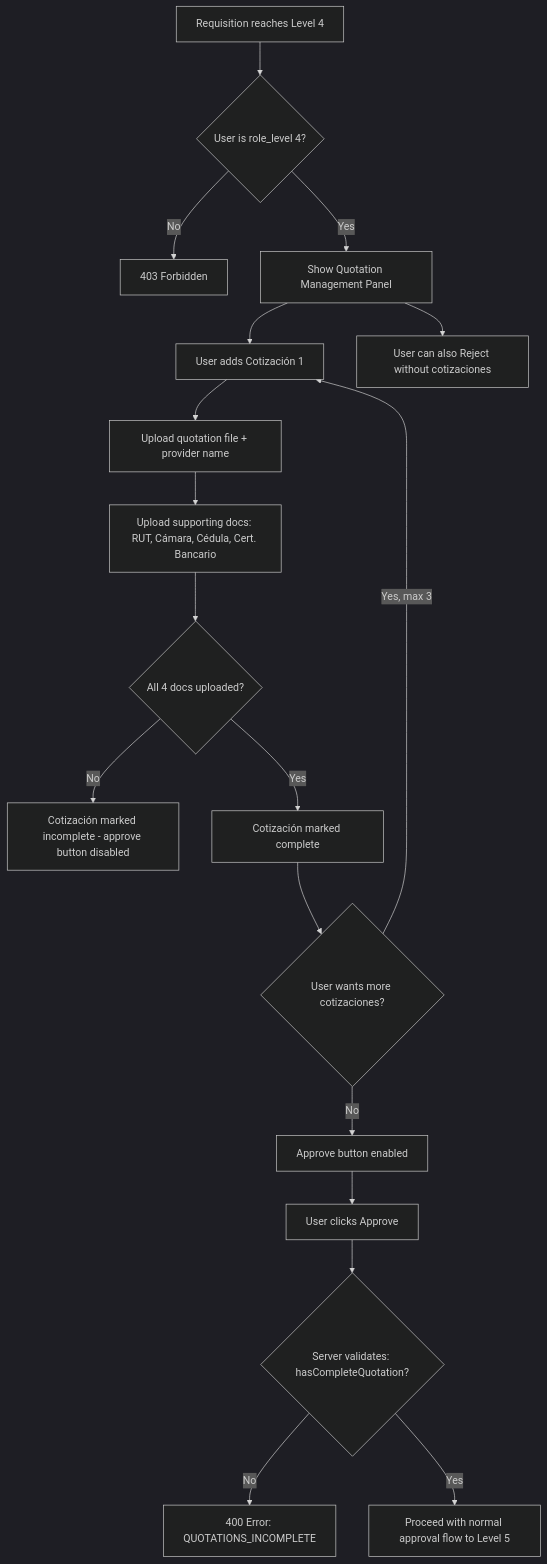
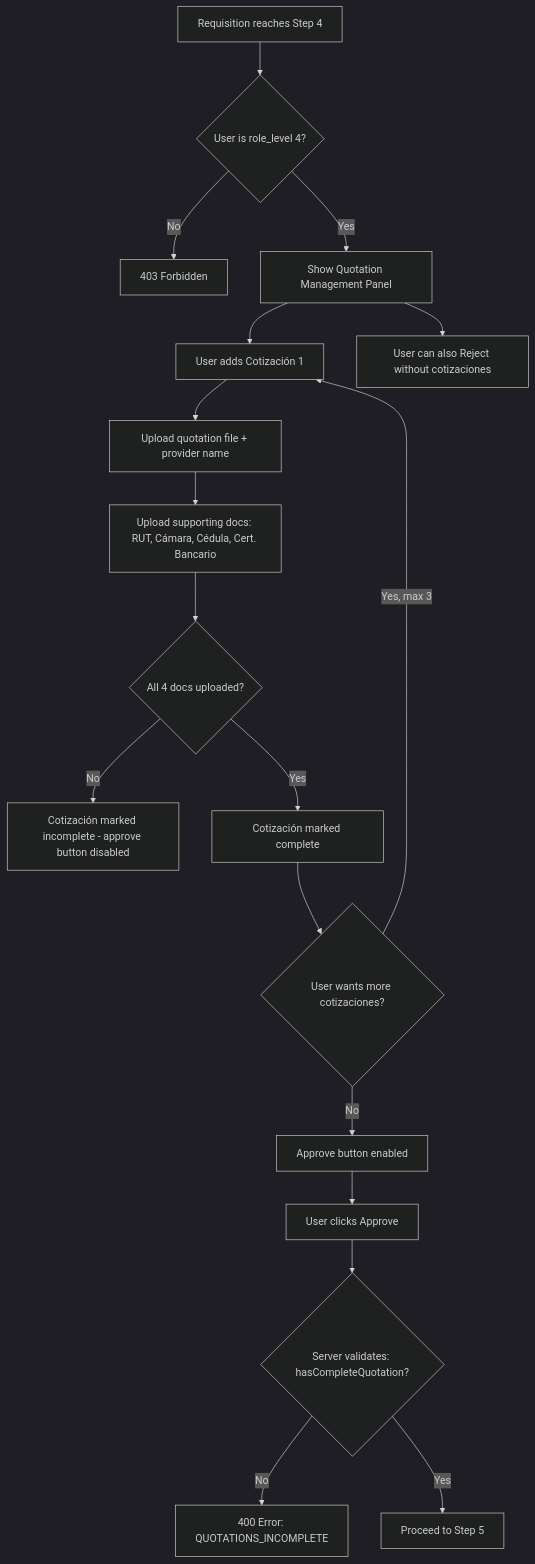
Before and after one commit to AndresFelipeGA/cid-aprueba: the second of 3 diagrams in plans/quotation-system-design.md, drawn with Mermaid (dark theme). The commit also changed other lines of this file and 22 other files, not shown here.

````diff
--- a/plans/quotation-system-design.md
+++ b/plans/quotation-system-design.md
@@ -409,20 +413,20 @@
 ```mermaid
 flowchart TD
-    A[Requisition reaches Level 4] --> B{User is role_level 4?}
+    A[Requisition reaches Step 4] --> B{User is role_level 4?}
     B -->|No| C[403 Forbidden]
     B -->|Yes| D[Show Quotation Management Panel]
     D --> E[User adds Cotización 1]
     E --> F[Upload quotation file + provider name]
     F --> G[Upload supporting docs: RUT, Cámara, Cédula, Cert. Bancario]
     G --> H{All 4 docs uploaded?}
     H -->|No| I[Cotización marked incomplete - approve button disabled]
     H -->|Yes| J[Cotización marked complete]
     J --> K{User wants more cotizaciones?}
     K -->|Yes, max 3| E
     K -->|No| L[Approve button enabled]
     L --> M[User clicks Approve]
     M --> N{Server validates: hasCompleteQuotation?}
     N -->|No| O[400 Error: QUOTATIONS_INCOMPLETE]
-    N -->|Yes| P[Proceed with normal approval flow to Level 5]
+    N -->|Yes| P[Proceed to Step 5]
     D --> Q[User can also Reject without cotizaciones]
 ```
````
